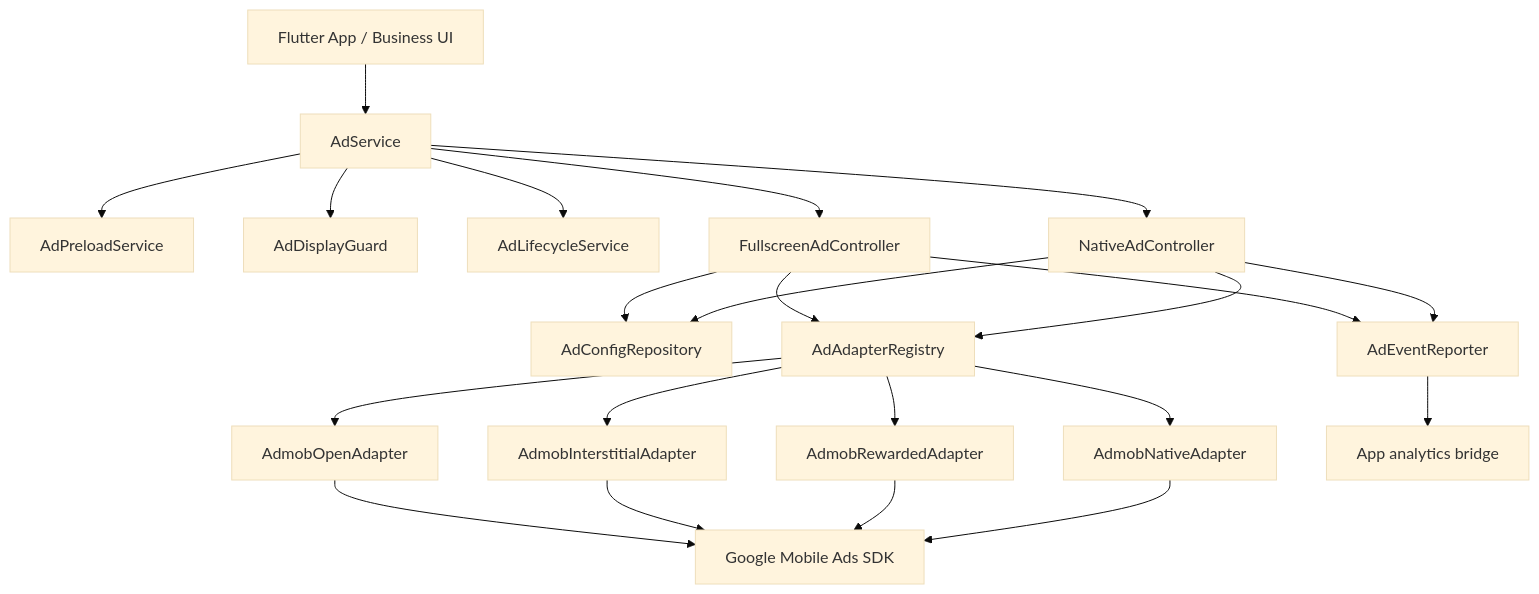
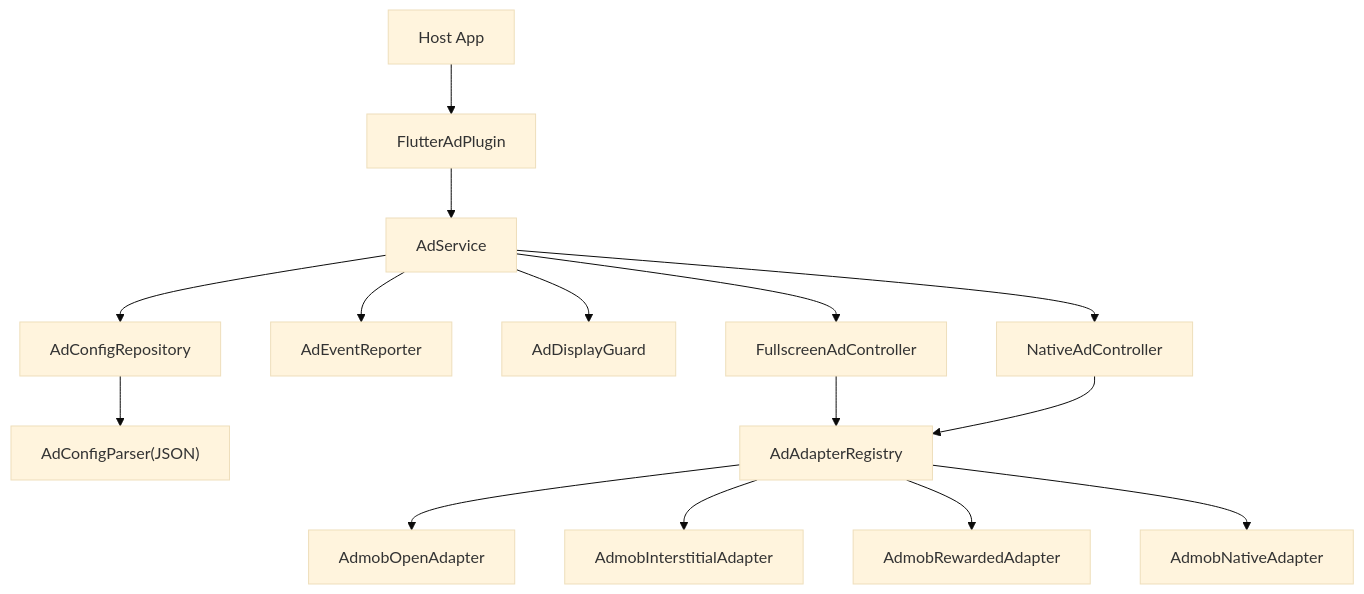
One commit to yanmingLiu/flutter_ad_plugin changed the diagram in docs/architecture.md. Above: the diagram before and after it, drawn with Mermaid (base theme). The commit also changed other lines of this file and 71 other files, not shown here.

````diff
--- a/docs/architecture.md
+++ b/docs/architecture.md
@@ -9,24 +9,17 @@
 ```mermaid
 flowchart TD
-  App["Flutter App / Business UI"] --> Service["AdService"]
-  Service --> Preload["AdPreloadService"]
+  App["Host App"] --> Facade["FlutterAdPlugin"]
+  Facade --> Service["AdService"]
+  Service --> Repo["AdConfigRepository"]
+  Service --> Reporter["AdEventReporter"]
   Service --> Guard["AdDisplayGuard"]
-  Service --> Lifecycle["AdLifecycleService"]
-  Service --> Fullscreen["FullscreenAdController"]
+  Service --> Full["FullscreenAdController"]
   Service --> Native["NativeAdController"]
-  Fullscreen --> Config["AdConfigRepository"]
-  Native --> Config
-  Fullscreen --> Registry["AdAdapterRegistry"]
+  Repo --> Parser["AdConfigParser(JSON)"]
+  Full --> Registry["AdAdapterRegistry"]
   Native --> Registry
-  Registry --> Open["AdmobOpenAdapter"]
-  Registry --> Interstitial["AdmobInterstitialAdapter"]
-  Registry --> Rewarded["AdmobRewardedAdapter"]
-  Registry --> NativeAdapter["AdmobNativeAdapter"]
-  Open --> GMA["Google Mobile Ads SDK"]
-  Interstitial --> GMA
-  Rewarded --> GMA
-  NativeAdapter --> GMA
-  Fullscreen --> Reporter["AdEventReporter"]
-  Native --> Reporter
-  Reporter --> Analytics["App analytics bridge"]
+  Registry --> AdmobOpen["AdmobOpenAdapter"]
+  Registry --> AdmobInt["AdmobInterstitialAdapter"]
+  Registry --> AdmobRew["AdmobRewardedAdapter"]
+  Registry --> AdmobNative["AdmobNativeAdapter"]
 ```
````
